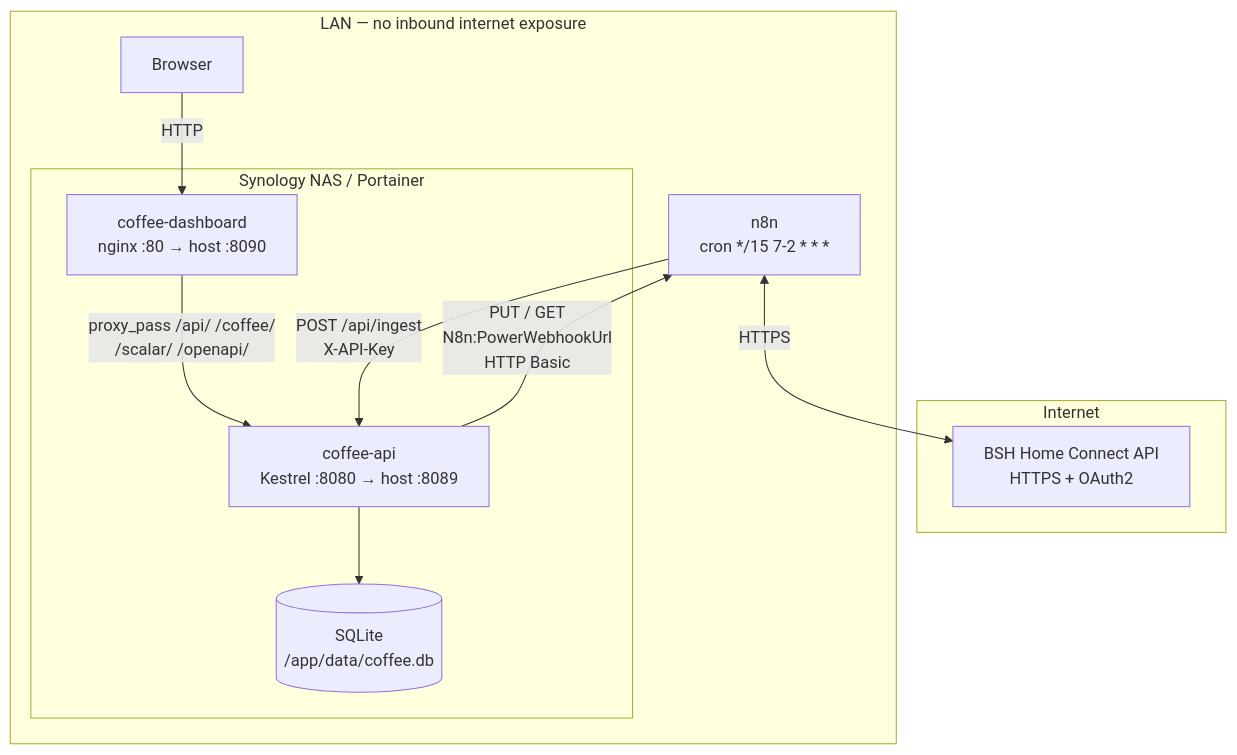
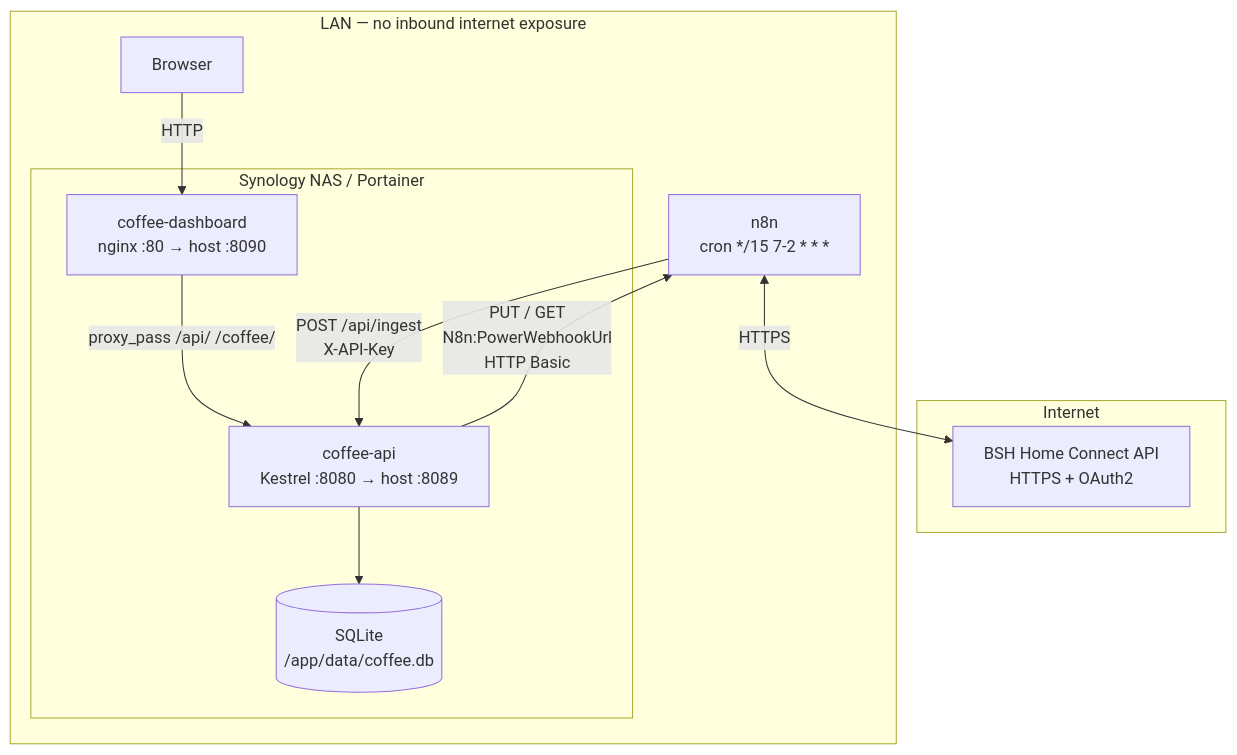
Before and after one commit to Gereon93/coffee: the second of 2 diagrams in doc/arc42/03-context.md, drawn with Mermaid. The commit also changed other lines of this file and 24 other files, not shown here.

````diff
--- a/doc/arc42/03-context.md
+++ b/doc/arc42/03-context.md
@@ -36,25 +36,25 @@
 ```mermaid
 graph TB
     subgraph internet["Internet"]
         BSH["BSH Home Connect API<br/>HTTPS + OAuth2"]
     end
 
     subgraph lan["LAN — no inbound internet exposure"]
         N8N["n8n<br/>cron */15 7-2 * * *"]
 
         subgraph nas["Synology NAS / Portainer"]
             DASH["coffee-dashboard<br/>nginx :80 → host :8090"]
             API["coffee-api<br/>Kestrel :8080 → host :8089"]
             DB[("SQLite<br/>/app/data/coffee.db")]
         end
 
         BROWSER["Browser"]
     end
 
     N8N <-->|HTTPS| BSH
     N8N -->|"POST /api/ingest<br/>X-API-Key"| API
     API -->|"PUT / GET<br/>N8n:PowerWebhookUrl<br/>HTTP Basic"| N8N
     BROWSER -->|HTTP| DASH
-    DASH -->|"proxy_pass /api/ /coffee/<br/>/scalar/ /openapi/"| API
+    DASH -->|"proxy_pass /api/ /coffee/"| API
     API --> DB
 ```
````
